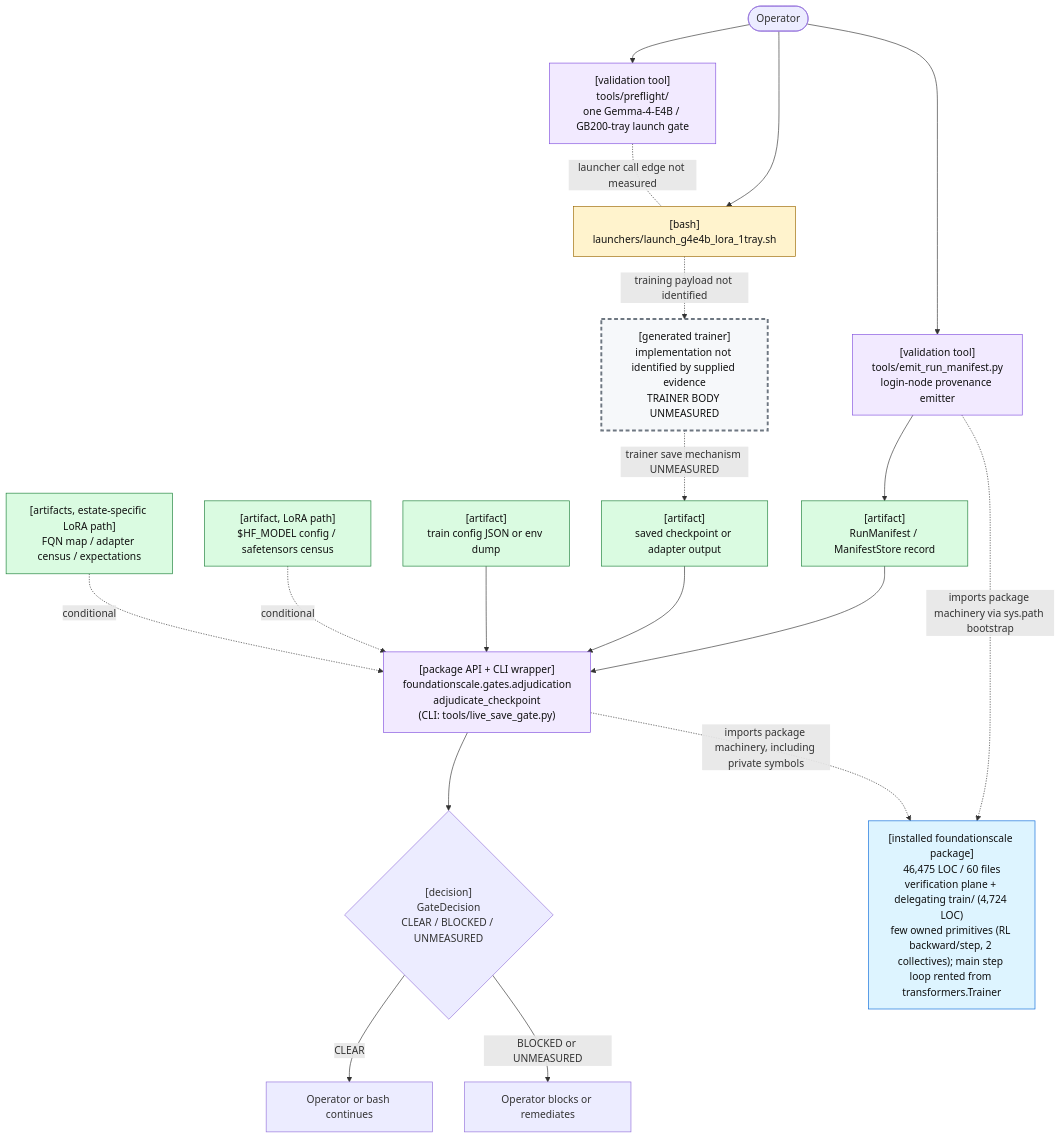
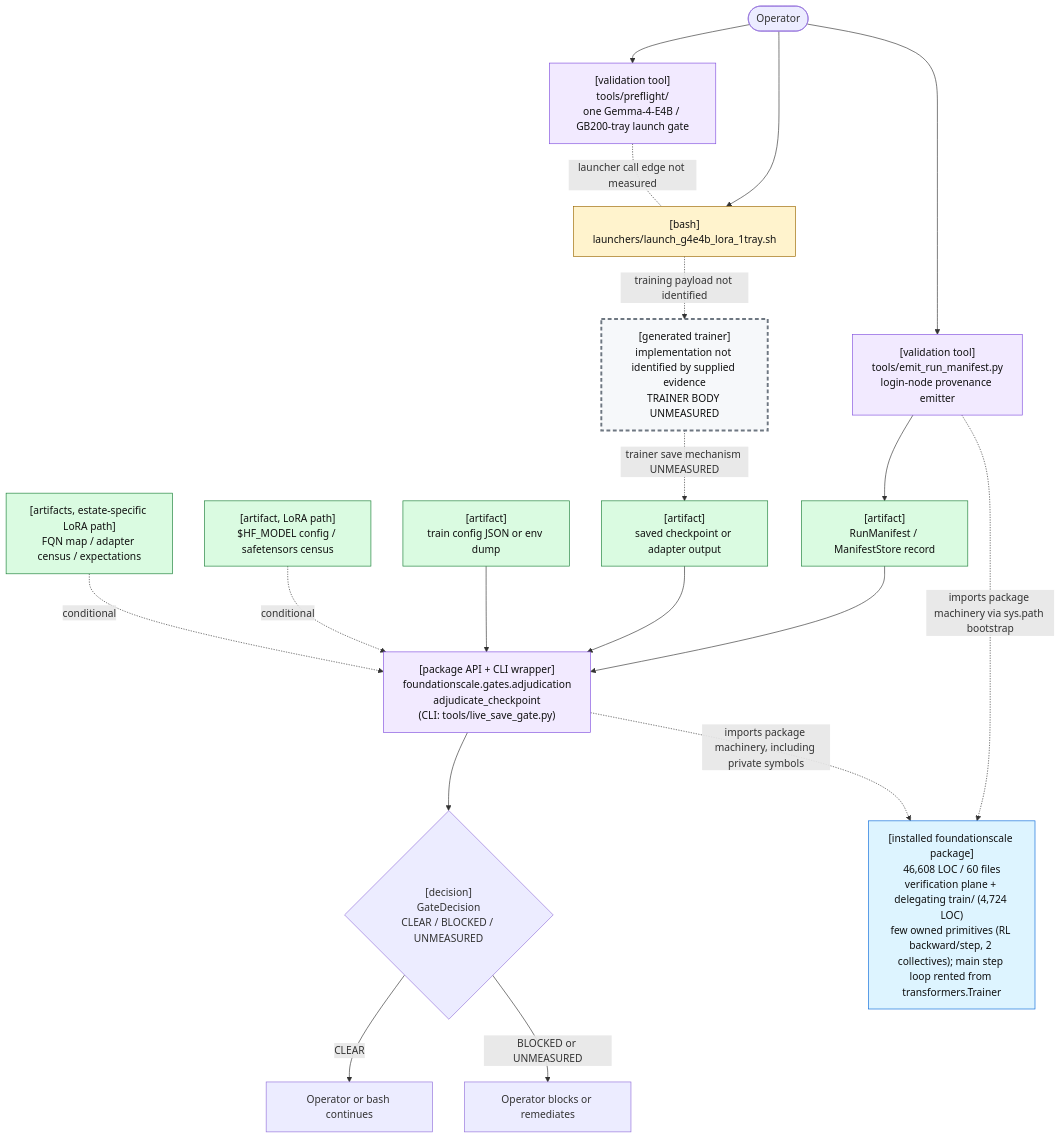
The first of 2 diagrams in docs/review/D2_current_architecture.md (TranNhiem/FoundationScale), drawn with Mermaid before and after one commit. The commit also changed other lines of this file and 18 other files, not shown here.

````diff
--- a/docs/review/D2_current_architecture.md
+++ b/docs/review/D2_current_architecture.md
@@ -25,59 +25,59 @@
 ```mermaid
 flowchart TB
   O(["Operator"])
 
   PF["[validation tool]<br/>tools/preflight/<br/>one Gemma-4-E4B / GB200-tray launch gate"]
   L["[bash]<br/>launchers/launch_g4e4b_lora_1tray.sh"]
 
   E["[validation tool]<br/>tools/emit_run_manifest.py<br/>login-node provenance emitter"]
   M["[artifact]<br/>RunManifest / ManifestStore record"]
 
   T["[generated trainer]<br/>implementation not identified by supplied evidence<br/>TRAINER BODY UNMEASURED"]
   C["[artifact]<br/>saved checkpoint or adapter output"]
 
   G["[package API + CLI wrapper]<br/>foundationscale.gates.adjudication<br/>adjudicate_checkpoint<br/>(CLI: tools/live_save_gate.py)"]
   CFG["[artifact]<br/>train config JSON or env dump"]
   BASE["[artifact, LoRA path]<br/>$HF_MODEL config / safetensors census"]
   CEN["[artifacts, estate-specific LoRA path]<br/>FQN map / adapter census / expectations"]
 
   D{"[decision]<br/>GateDecision<br/>CLEAR / BLOCKED / UNMEASURED"}
   OK["Operator or bash continues"]
   NO["Operator blocks or remediates"]
 
-  PKG["[installed foundationscale package]<br/>46,475 LOC / 60 files<br/>verification plane + delegating train/ (4,724 LOC)<br/>few owned primitives (RL backward/step, 2 collectives); main step loop rented from transformers.Trainer"]
+  PKG["[installed foundationscale package]<br/>46,608 LOC / 60 files<br/>verification plane + delegating train/ (4,724 LOC)<br/>few owned primitives (RL backward/step, 2 collectives); main step loop rented from transformers.Trainer"]
 
   O --> PF
   O --> L
   PF -. "launcher call edge not measured" .- L
 
   O --> E
   E --> M
 
   L -. "training payload not identified" .-> T
   T -. "trainer save mechanism UNMEASURED" .-> C
 
   M --> G
   C --> G
   CFG --> G
   BASE -. "conditional" .-> G
   CEN -. "conditional" .-> G
 
   E -. "imports package machinery via sys.path bootstrap" .-> PKG
   G -. "imports package machinery, including private symbols" .-> PKG
 
   G --> D
   D -->|"CLEAR"| OK
   D -->|"BLOCKED or UNMEASURED"| NO
 
   classDef bash fill:#fff3cd,stroke:#9a6700,color:#111;
   classDef tool fill:#f2eaff,stroke:#8250df,color:#111;
   classDef artifact fill:#dafbe1,stroke:#1a7f37,color:#111;
   classDef gap fill:#f6f8fa,stroke:#6e7781,stroke-width:3px,stroke-dasharray: 6 4,color:#111;
   classDef pkg fill:#ddf4ff,stroke:#0969da,color:#111;
 
   class L bash;
   class PF,E,G tool;
   class M,C,CFG,BASE,CEN artifact;
   class T gap;
   class PKG pkg;
 ```
````
